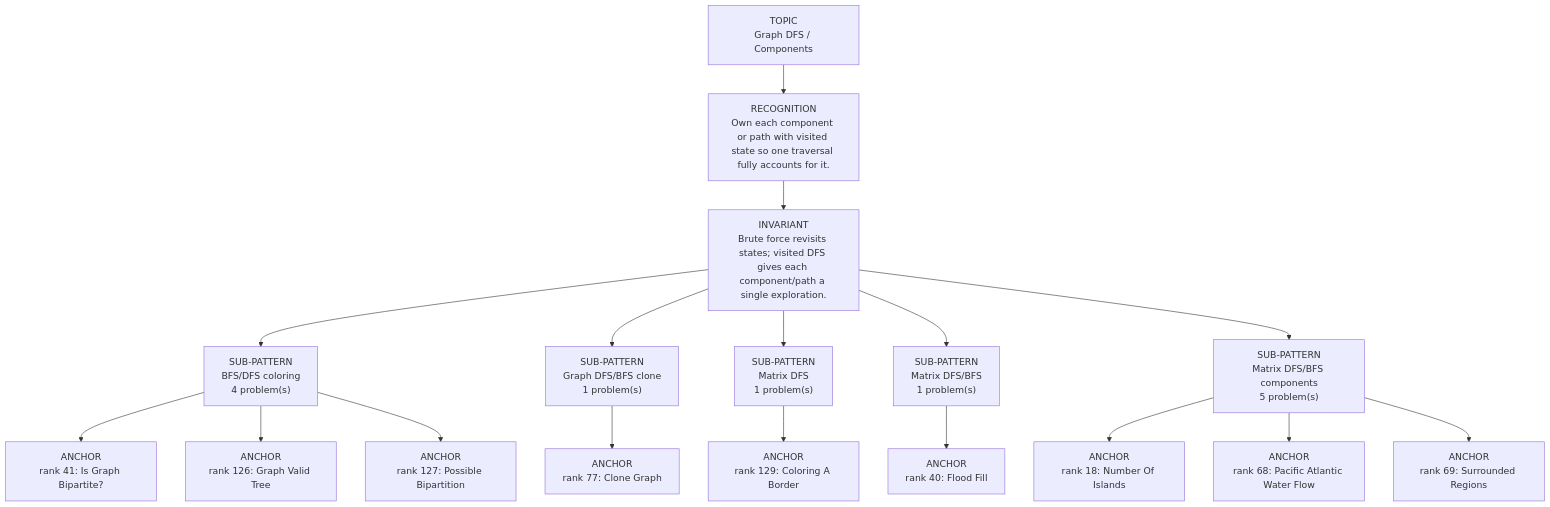
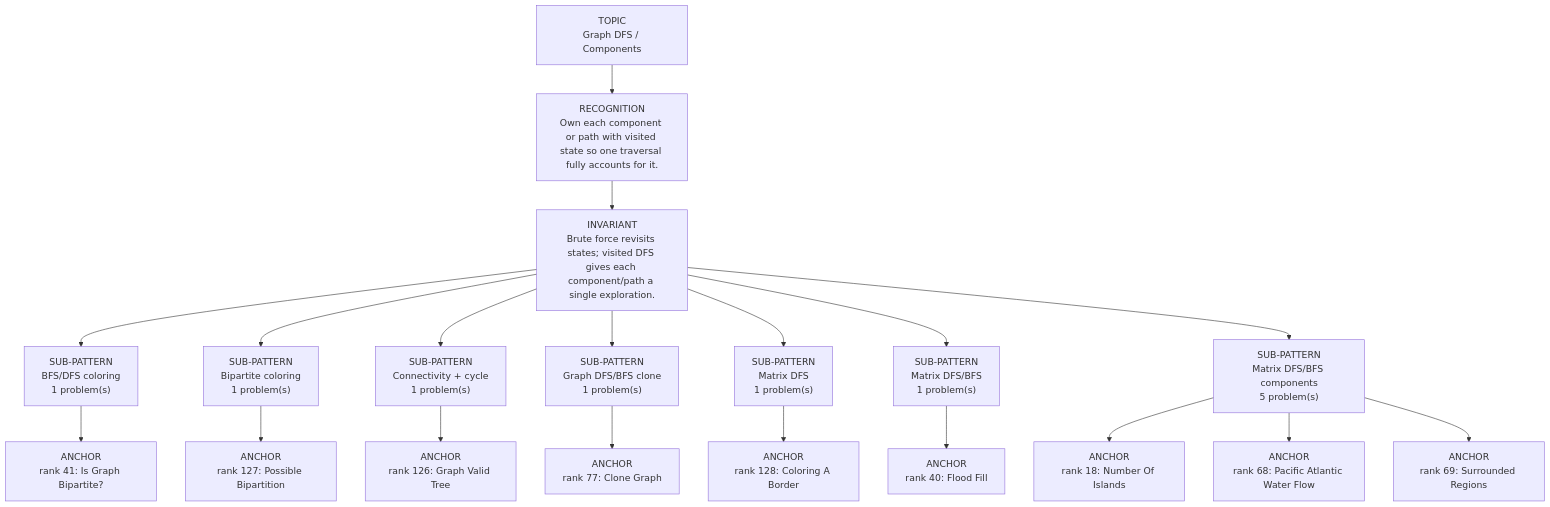
Before and after one commit to thechiranjeevjain/DSA10days: the diagram in dsa-review/interview/patterns/10_graph_dfs.md, drawn with Mermaid. The commit also changed other lines of this file and 37 other files, not shown here.

````diff
--- a/dsa-review/interview/patterns/10_graph_dfs.md
+++ b/dsa-review/interview/patterns/10_graph_dfs.md
@@ -15,21 +15,23 @@
 ```mermaid
 flowchart TD
   Topic["TOPIC<br/>Graph DFS / Components"]
   Recognition["RECOGNITION<br/>Own each component or path with visited state so one traversal fully accounts for it."]
   Invariant["INVARIANT<br/>Brute force revisits states; visited DFS gives each component/path a single exploration."]
   Topic --> Recognition --> Invariant
-  Invariant --> Sub01["SUB-PATTERN<br/>BFS/DFS coloring<br/>4 problem(s)"]
+  Invariant --> Sub01["SUB-PATTERN<br/>BFS/DFS coloring<br/>1 problem(s)"]
   Sub01 --> Sub01A01["ANCHOR<br/>rank 41: Is Graph Bipartite?"]
-  Sub01 --> Sub01A02["ANCHOR<br/>rank 126: Graph Valid Tree"]
-  Sub01 --> Sub01A03["ANCHOR<br/>rank 127: Possible Bipartition"]
-  Invariant --> Sub02["SUB-PATTERN<br/>Graph DFS/BFS clone<br/>1 problem(s)"]
-  Sub02 --> Sub02A01["ANCHOR<br/>rank 77: Clone Graph"]
-  Invariant --> Sub03["SUB-PATTERN<br/>Matrix DFS<br/>1 problem(s)"]
-  Sub03 --> Sub03A01["ANCHOR<br/>rank 129: Coloring A Border"]
-  Invariant --> Sub04["SUB-PATTERN<br/>Matrix DFS/BFS<br/>1 problem(s)"]
-  Sub04 --> Sub04A01["ANCHOR<br/>rank 40: Flood Fill"]
-  Invariant --> Sub05["SUB-PATTERN<br/>Matrix DFS/BFS components<br/>5 problem(s)"]
-  Sub05 --> Sub05A01["ANCHOR<br/>rank 18: Number Of Islands"]
-  Sub05 --> Sub05A02["ANCHOR<br/>rank 68: Pacific Atlantic Water Flow"]
-  Sub05 --> Sub05A03["ANCHOR<br/>rank 69: Surrounded Regions"]
+  Invariant --> Sub02["SUB-PATTERN<br/>Bipartite coloring<br/>1 problem(s)"]
+  Sub02 --> Sub02A01["ANCHOR<br/>rank 127: Possible Bipartition"]
+  Invariant --> Sub03["SUB-PATTERN<br/>Connectivity + cycle<br/>1 problem(s)"]
+  Sub03 --> Sub03A01["ANCHOR<br/>rank 126: Graph Valid Tree"]
+  Invariant --> Sub04["SUB-PATTERN<br/>Graph DFS/BFS clone<br/>1 problem(s)"]
+  Sub04 --> Sub04A01["ANCHOR<br/>rank 77: Clone Graph"]
+  Invariant --> Sub05["SUB-PATTERN<br/>Matrix DFS<br/>1 problem(s)"]
+  Sub05 --> Sub05A01["ANCHOR<br/>rank 128: Coloring A Border"]
+  Invariant --> Sub06["SUB-PATTERN<br/>Matrix DFS/BFS<br/>1 problem(s)"]
+  Sub06 --> Sub06A01["ANCHOR<br/>rank 40: Flood Fill"]
+  Invariant --> Sub07["SUB-PATTERN<br/>Matrix DFS/BFS components<br/>5 problem(s)"]
+  Sub07 --> Sub07A01["ANCHOR<br/>rank 18: Number Of Islands"]
+  Sub07 --> Sub07A02["ANCHOR<br/>rank 68: Pacific Atlantic Water Flow"]
+  Sub07 --> Sub07A03["ANCHOR<br/>rank 69: Surrounded Regions"]
 ```
````
